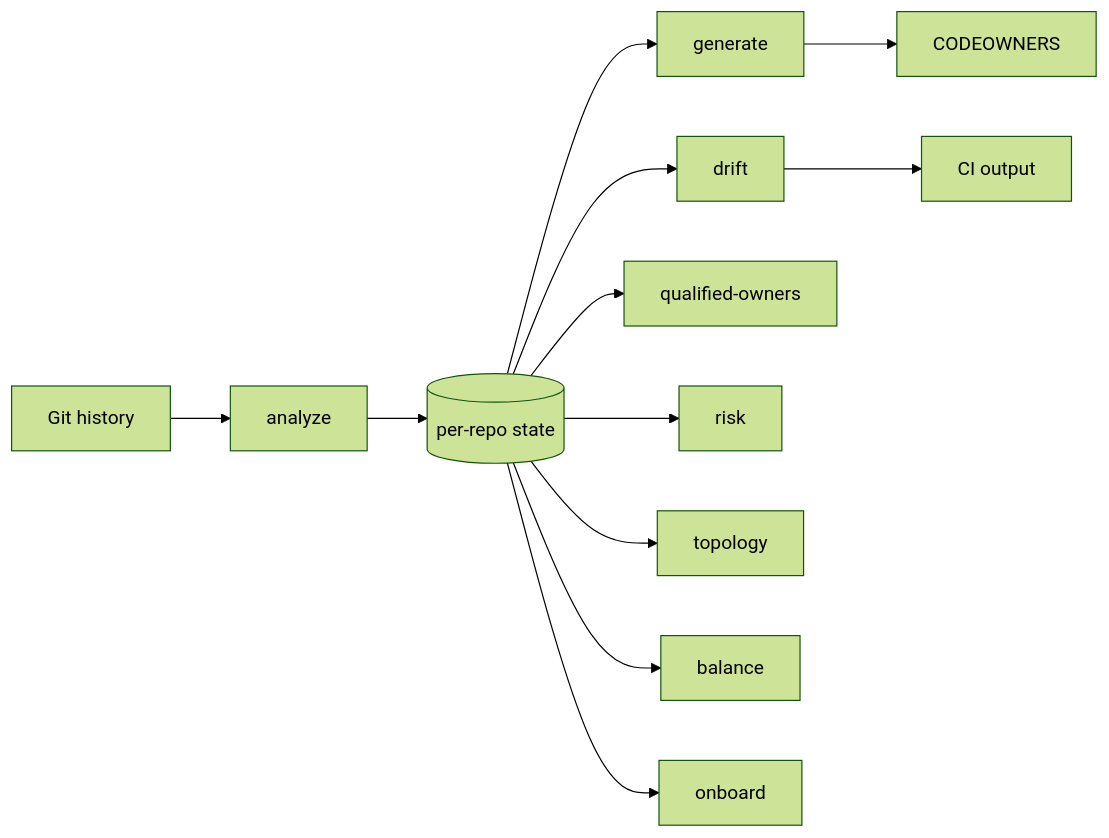
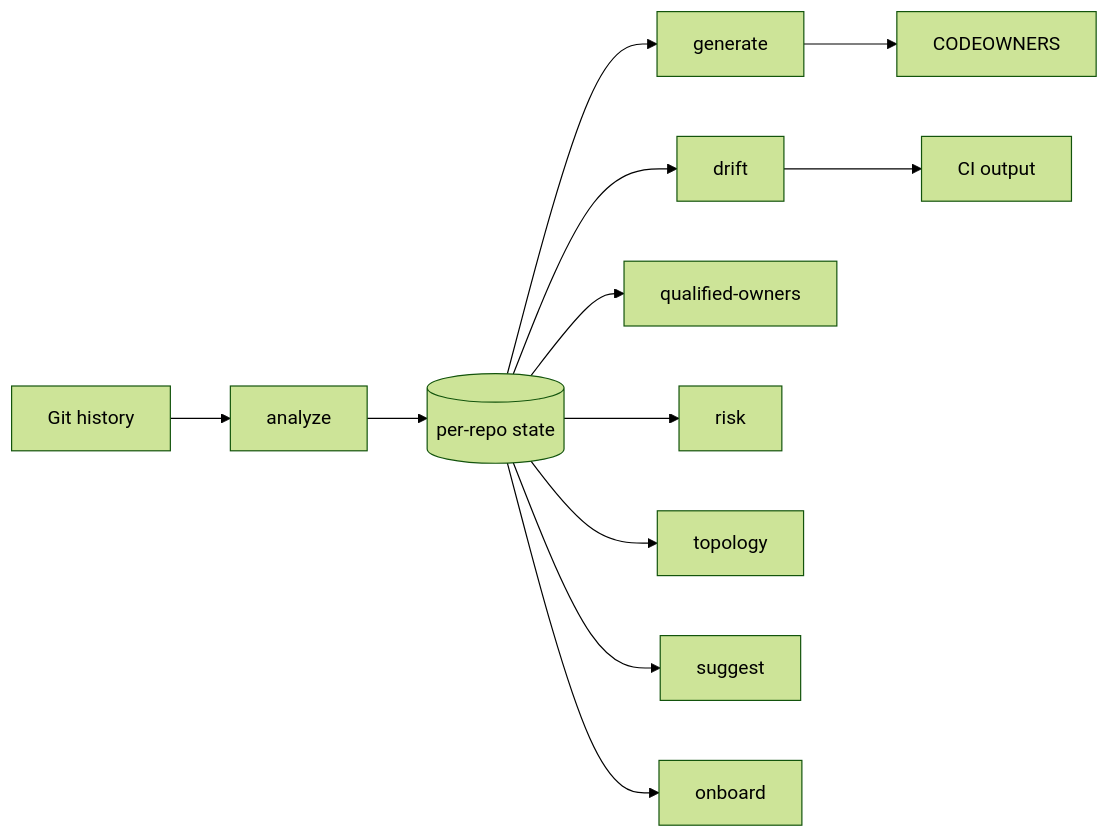
One commit to smusali/checkOwners changed the first of 2 diagrams in docs/USAGE.md. Above: the diagram before and after it, drawn with Mermaid (forest theme). The commit also changed other lines of this file and 17 other files, not shown here.

````diff
--- a/docs/USAGE.md
+++ b/docs/USAGE.md
@@ -9,14 +9,14 @@
 ```mermaid
 flowchart LR
     Git[Git history] --> Analyze[analyze]
     Analyze --> State[(per-repo state)]
     State --> Generate[generate]
     State --> Drift[drift]
     State --> Owners[qualified-owners]
     State --> Risk[risk]
     State --> Topology[topology]
-    State --> Balance[balance]
+    State --> Suggest[suggest]
     State --> Onboard[onboard]
     Generate --> CO[CODEOWNERS]
     Drift --> CI[CI output]
 ```
````
